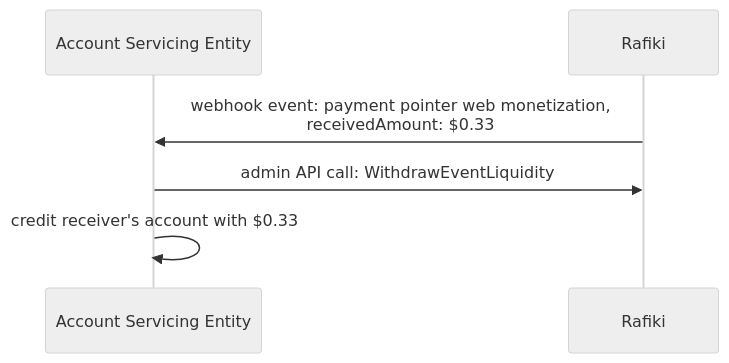
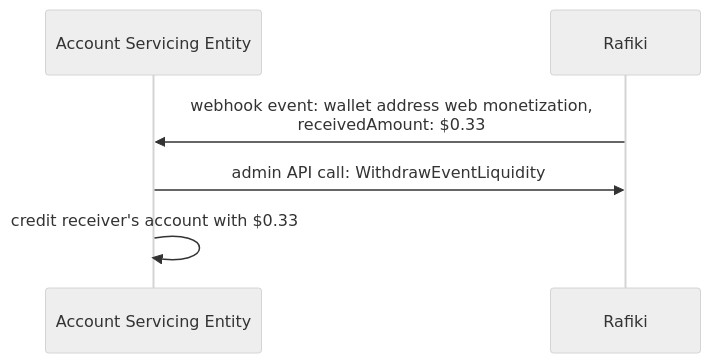
The seventh of 10 diagrams in packages/documentation/src/content/docs/integration/event-handlers.md (interledger/rafiki), drawn with Mermaid (neutral theme) before and after one commit. The commit also changed other lines of this file and 154 other files, not shown here.

Commit message:
feat(backend, mock-ase): rename payment pointer to wallet address in rafiki code (#2029)

````diff
--- a/packages/documentation/src/content/docs/integration/event-handlers.md
+++ b/packages/documentation/src/content/docs/integration/event-handlers.md
@@ -118,11 +118,11 @@
 ```mermaid
 
 sequenceDiagram
 
 participant ASE as Account Servicing Entity
 participant R as Rafiki
 
-R->>ASE: webhook event: payment pointer web monetization,<br>receivedAmount: $0.33
+R->>ASE: webhook event: wallet address web monetization,<br>receivedAmount: $0.33
 ASE->>R: admin API call: WithdrawEventLiquidity
 ASE->>ASE: credit receiver's account with $0.33
 ```
````
